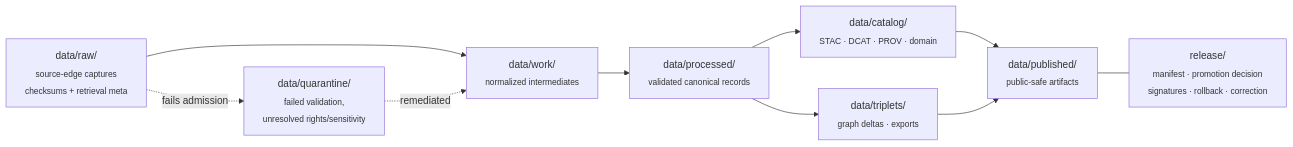
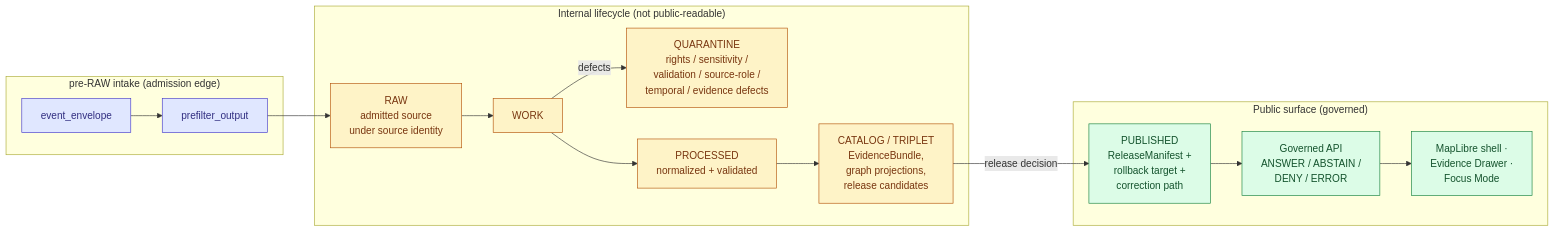
One commit to bartytime4life/Kansas-Frontier-Matrix changed the diagram in README.md. Above: the diagram before and after it, drawn with Mermaid. The commit also changed other lines of this file, not shown here.

````diff
--- a/README.md
+++ b/README.md
@@ -157,21 +178,36 @@
 ```mermaid
 flowchart LR
-    RAW["data/raw/<br/><sub>source-edge captures<br/>checksums + retrieval meta</sub>"]
-    WORK["data/work/<br/><sub>normalized intermediates</sub>"]
-    QUAR["data/quarantine/<br/><sub>failed validation,<br/>unresolved rights/sensitivity</sub>"]
-    PROC["data/processed/<br/><sub>validated canonical records</sub>"]
-    CAT["data/catalog/<br/><sub>STAC · DCAT · PROV · domain</sub>"]
-    TRIP["data/triplets/<br/><sub>graph deltas · exports</sub>"]
-    PUB["data/published/<br/><sub>public-safe artifacts</sub>"]
-    REL["release/<br/><sub>manifest · promotion decision<br/>signatures · rollback · correction</sub>"]
+    subgraph Intake["pre-RAW intake (admission edge)"]
+        EV["event_envelope"]
+        PF["prefilter_output"]
+    end
 
+    subgraph Internal["Internal lifecycle (not public-readable)"]
+        RAW["RAW<br/>admitted source<br/>under source identity"]
+        WORK["WORK"]
+        QUAR["QUARANTINE<br/>rights / sensitivity /<br/>validation / source-role /<br/>temporal / evidence defects"]
+        PROC["PROCESSED<br/>normalized + validated"]
+        CAT["CATALOG / TRIPLET<br/>EvidenceBundle,<br/>graph projections,<br/>release candidates"]
+    end
+
+    subgraph Public["Public surface (governed)"]
+        PUB["PUBLISHED<br/>ReleaseManifest +<br/>rollback target +<br/>correction path"]
+        API["Governed API<br/>ANSWER / ABSTAIN /<br/>DENY / ERROR"]
+        UI["MapLibre shell ·<br/>Evidence Drawer ·<br/>Focus Mode"]
+    end
+
+    EV --> PF --> RAW
     RAW --> WORK
-    RAW -. fails admission .-> QUAR
+    WORK -- defects --> QUAR
     WORK --> PROC
-    QUAR -. remediated .-> WORK
     PROC --> CAT
-    PROC --> TRIP
-    CAT --> PUB
-    TRIP --> PUB
-    PUB --- REL
+    CAT -- release decision --> PUB
+    PUB --> API --> UI
+
+    classDef internal fill:#fef3c7,stroke:#b45309,color:#78350f
+    classDef public fill:#dcfce7,stroke:#15803d,color:#14532d
+    classDef intake fill:#e0e7ff,stroke:#4338ca,color:#312e81
+    class RAW,WORK,QUAR,PROC,CAT internal
+    class PUB,API,UI public
+    class EV,PF intake
 ```
````
